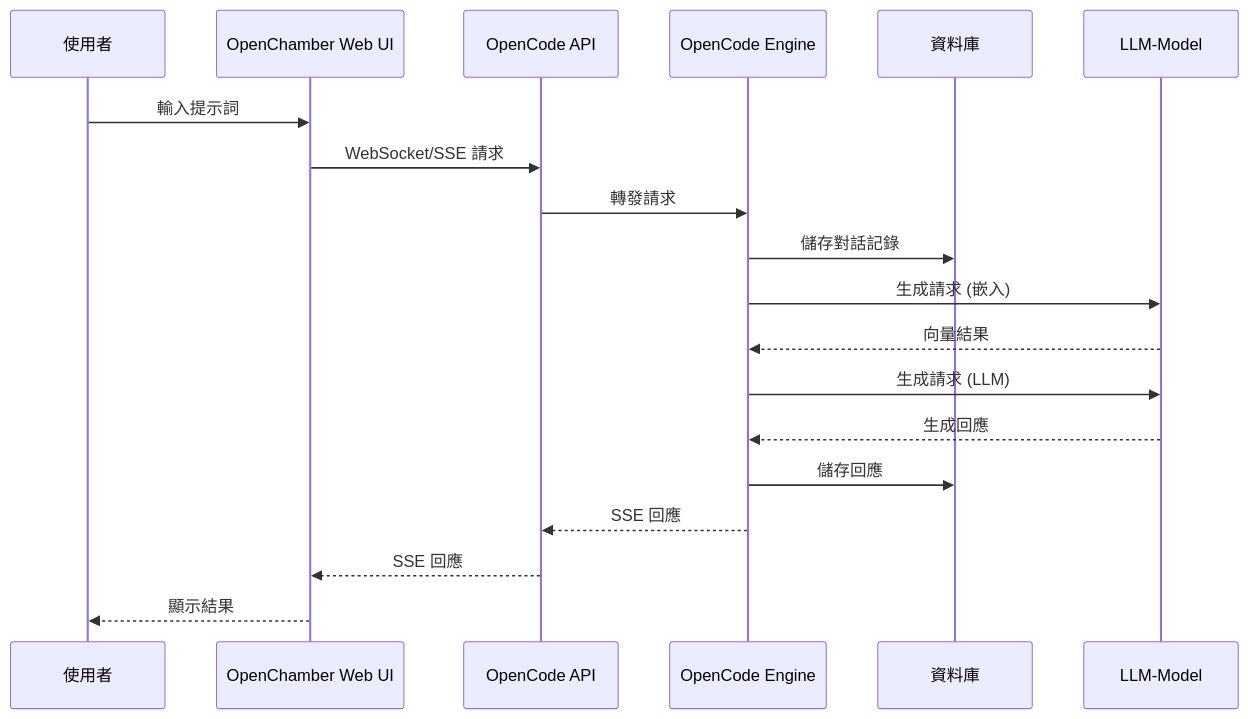
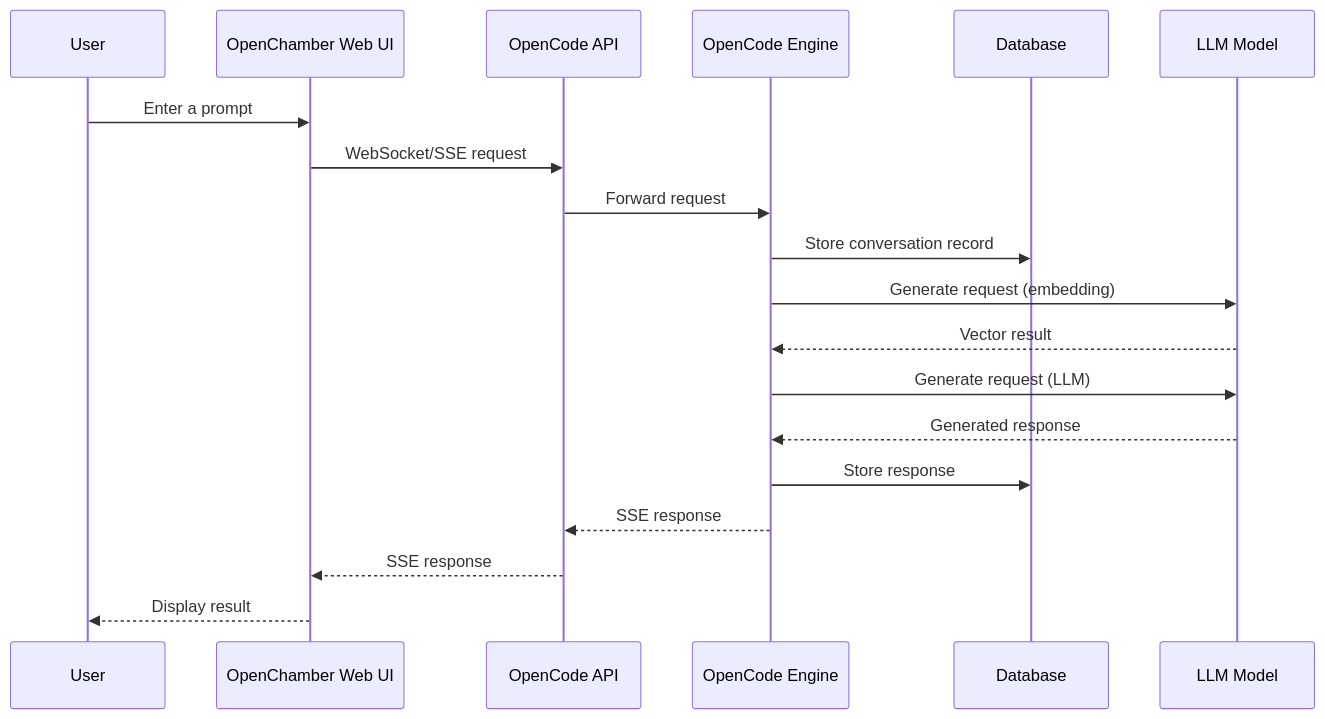
One commit to tryweb/ai-engkit changed the fifth of 10 diagrams in docs/ARCHITECTURE.md. Above: the diagram before and after it, drawn with Mermaid. The commit also changed other lines of this file and 14 other files, not shown here.

````diff
--- a/docs/ARCHITECTURE.md
+++ b/docs/ARCHITECTURE.md
@@ -156,22 +156,22 @@
 ```mermaid
 sequenceDiagram
-    participant U as 使用者
+    participant U as User
     participant UI as OpenChamber Web UI
     participant API as OpenCode API
     participant OC as OpenCode Engine
-    participant DB as 資料庫
-    participant OL as LLM-Model
+    participant DB as Database
+    participant OL as LLM Model
 
-    U->>UI: 輸入提示詞
-    UI->>API: WebSocket/SSE 請求
-    API->>OC: 轉發請求
-    OC->>DB: 儲存對話記錄
-    OC->>OL: 生成請求 (嵌入)
-    OL-->>OC: 向量結果
-    OC->>OL: 生成請求 (LLM)
-    OL-->>OC: 生成回應
-    OC->>DB: 儲存回應
-    OC-->>API: SSE 回應
-    API-->>UI: SSE 回應
-    UI-->>U: 顯示結果
+    U->>UI: Enter a prompt
+    UI->>API: WebSocket/SSE request
+    API->>OC: Forward request
+    OC->>DB: Store conversation record
+    OC->>OL: Generate request (embedding)
+    OL-->>OC: Vector result
+    OC->>OL: Generate request (LLM)
+    OL-->>OC: Generated response
+    OC->>DB: Store response
+    OC-->>API: SSE response
+    API-->>UI: SSE response
+    UI-->>U: Display result
 ```
````
